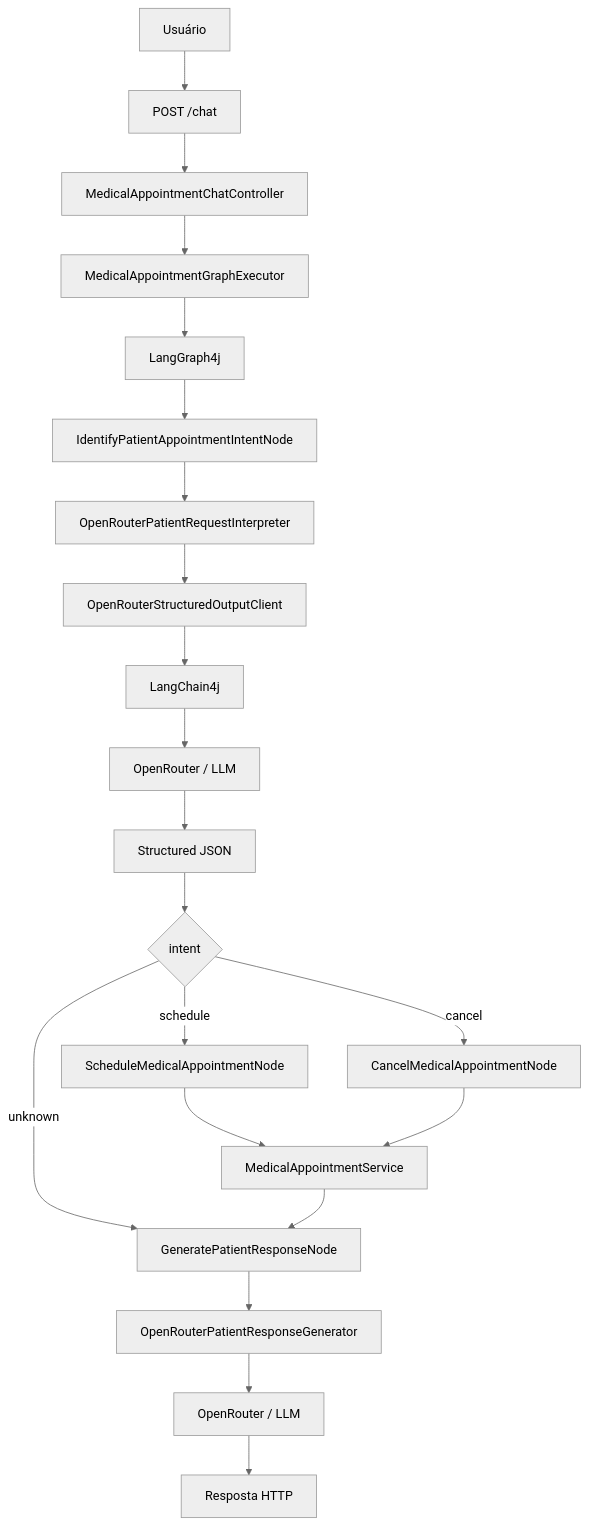
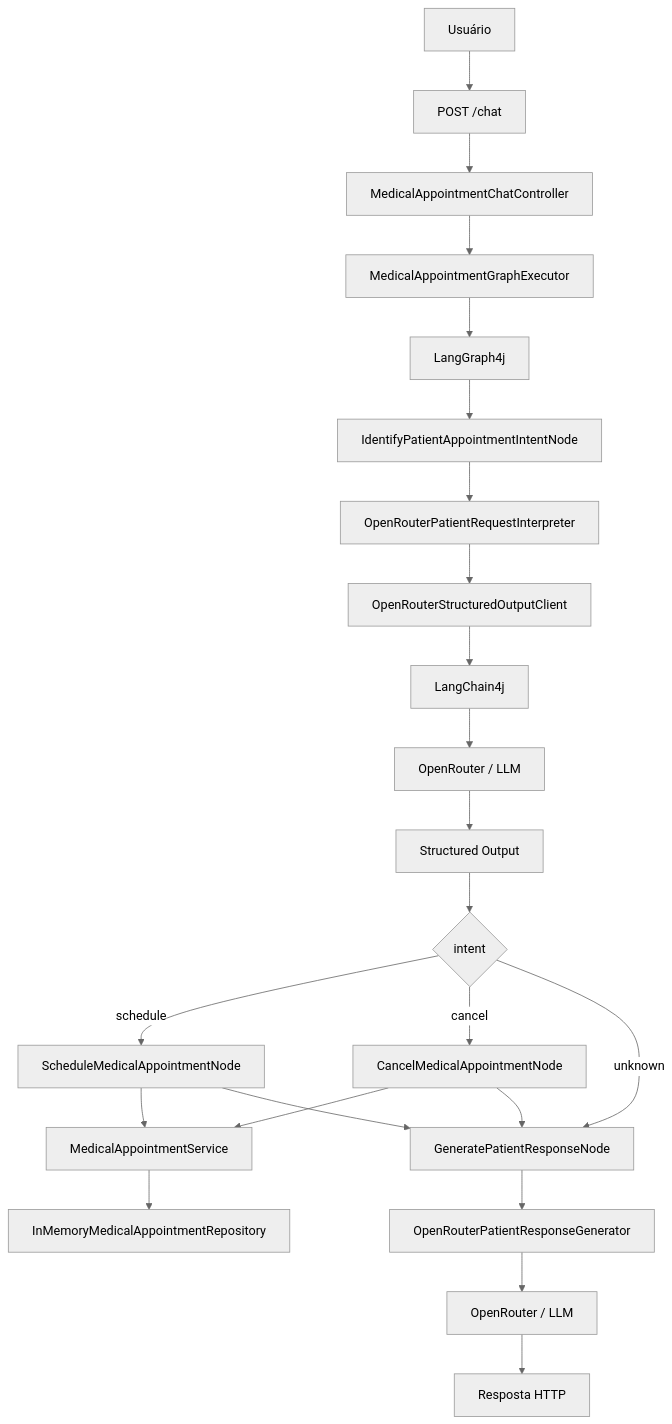
Before and after one commit to ViniHDSouza/poc_java_ia_consultamedica: the first of 2 diagrams in README.md, drawn with Mermaid (neutral theme). The commit also changed other lines of this file and 1 other file, not shown here.

````diff
--- a/README.md
+++ b/README.md
@@ -368,28 +255,31 @@
 ```mermaid
 flowchart TD
-    A[Usuário] --> B[POST /chat]
-    B --> C[MedicalAppointmentChatController]
-    C --> D[MedicalAppointmentGraphExecutor]
-    D --> E[LangGraph4j]
+    U[Usuário] --> API[POST /chat]
+    API --> CTRL[MedicalAppointmentChatController]
+    CTRL --> EXEC[MedicalAppointmentGraphExecutor]
+    EXEC --> GRAPH[LangGraph4j]
 
-    E --> F[IdentifyPatientAppointmentIntentNode]
-    F --> G[OpenRouterPatientRequestInterpreter]
-    G --> H[OpenRouterStructuredOutputClient]
-    H --> I[LangChain4j]
-    I --> J[OpenRouter / LLM]
-    J --> K[Structured JSON]
+    GRAPH --> IDENTIFY[IdentifyPatientAppointmentIntentNode]
+    IDENTIFY --> INTERPRETER[OpenRouterPatientRequestInterpreter]
+    INTERPRETER --> CLIENT[OpenRouterStructuredOutputClient]
+    CLIENT --> LC4J[LangChain4j]
+    LC4J --> OR[OpenRouter / LLM]
+    OR --> STRUCTURED[Structured Output]
 
-    K --> L{intent}
+    STRUCTURED --> ROUTE{intent}
 
-    L -->|schedule| M[ScheduleMedicalAppointmentNode]
-    L -->|cancel| N[CancelMedicalAppointmentNode]
-    L -->|unknown| O[GeneratePatientResponseNode]
+    ROUTE -->|schedule| SCHEDULE[ScheduleMedicalAppointmentNode]
+    ROUTE -->|cancel| CANCEL[CancelMedicalAppointmentNode]
+    ROUTE -->|unknown| MESSAGE[GeneratePatientResponseNode]
 
-    M --> P[MedicalAppointmentService]
-    N --> P
+    SCHEDULE --> SERVICE[MedicalAppointmentService]
+    CANCEL --> SERVICE
 
-    P --> O
-    O --> Q[OpenRouterPatientResponseGenerator]
-    Q --> R[OpenRouter / LLM]
-    R --> S[Resposta HTTP]
+    SERVICE --> REPO[InMemoryMedicalAppointmentRepository]
+    SCHEDULE --> MESSAGE
+    CANCEL --> MESSAGE
+
+    MESSAGE --> RESPONSE_AI[OpenRouterPatientResponseGenerator]
+    RESPONSE_AI --> OR2[OpenRouter / LLM]
+    OR2 --> HTTP[Resposta HTTP]
 ```
````
